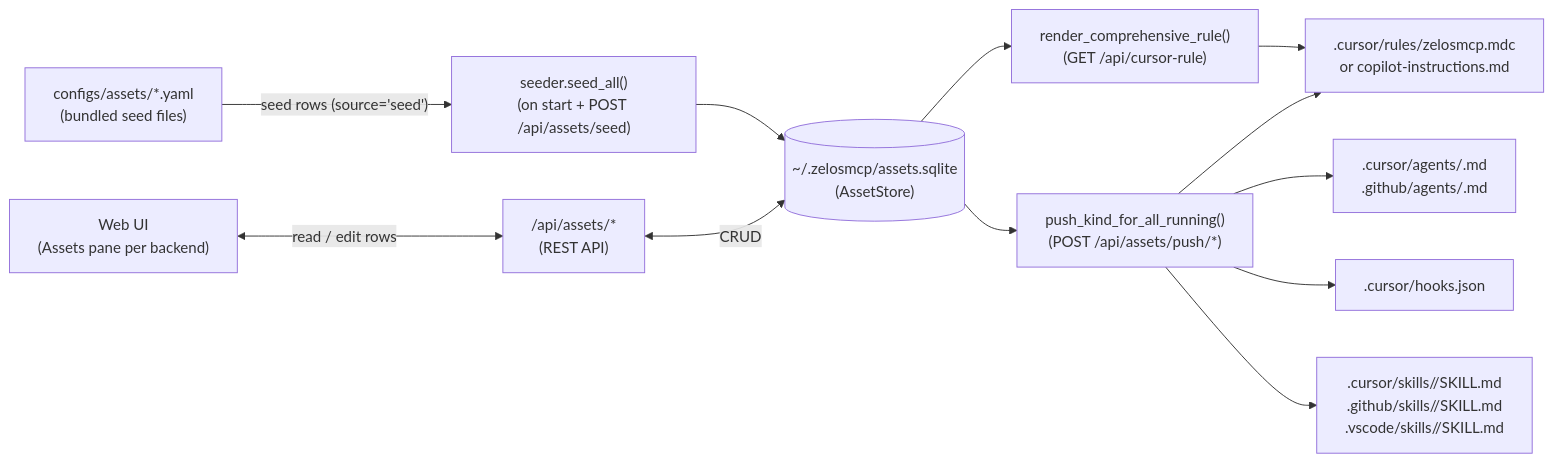
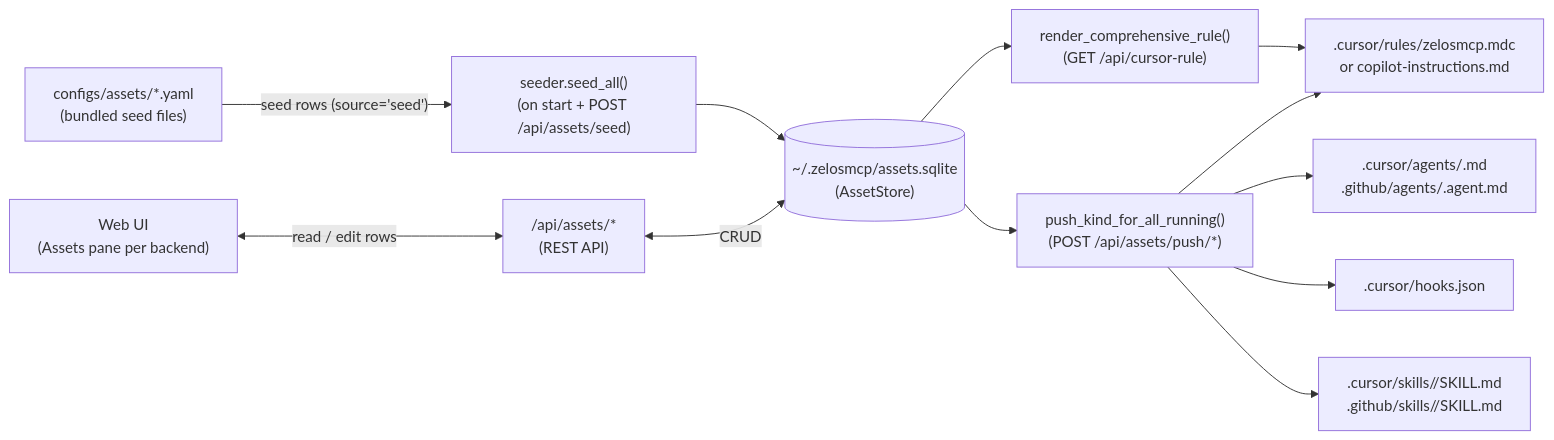
Before and after one commit to kmechlin/zelosmcp: the diagram in docs/assets.md, drawn with Mermaid. The commit also changed other lines of this file and 55 other files, not shown here.

````diff
--- a/docs/assets.md
+++ b/docs/assets.md
@@ -9,24 +9,24 @@
 ```mermaid
 flowchart LR
   yaml["configs/assets/*.yaml\n(bundled seed files)"]
   seeder["seeder.seed_all()\n(on start + POST /api/assets/seed)"]
   db[("~/.zelosmcp/assets.sqlite\n(AssetStore)")]
   gui["Web UI\n(Assets pane per backend)"]
   httpapi["/api/assets/*\n(REST API)"]
   rulerenderer["render_comprehensive_rule()\n(GET /api/cursor-rule)"]
   pushwriter["push_kind_for_all_running()\n(POST /api/assets/push/*)"]
   target1[".cursor/rules/zelosmcp.mdc\nor copilot-instructions.md"]
-  target2[".cursor/agents/<name>.md\n.github/agents/<name>.md"]
+  target2[".cursor/agents/<name>.md\n.github/agents/<name>.agent.md"]
   target3[".cursor/hooks.json"]
-  target4[".cursor/skills/<slug>/SKILL.md\n.github/skills/<slug>/SKILL.md\n.vscode/skills/<slug>/SKILL.md"]
+  target4[".cursor/skills/<slug>/SKILL.md\n.github/skills/<slug>/SKILL.md"]
 
   yaml -->|"seed rows (source='seed')"| seeder
   seeder --> db
   gui <-->|"read / edit rows"| httpapi
   httpapi <-->|"CRUD"| db
   db --> rulerenderer --> target1
   db --> pushwriter --> target1
   pushwriter --> target2
   pushwriter --> target3
   pushwriter --> target4
 ```
````
